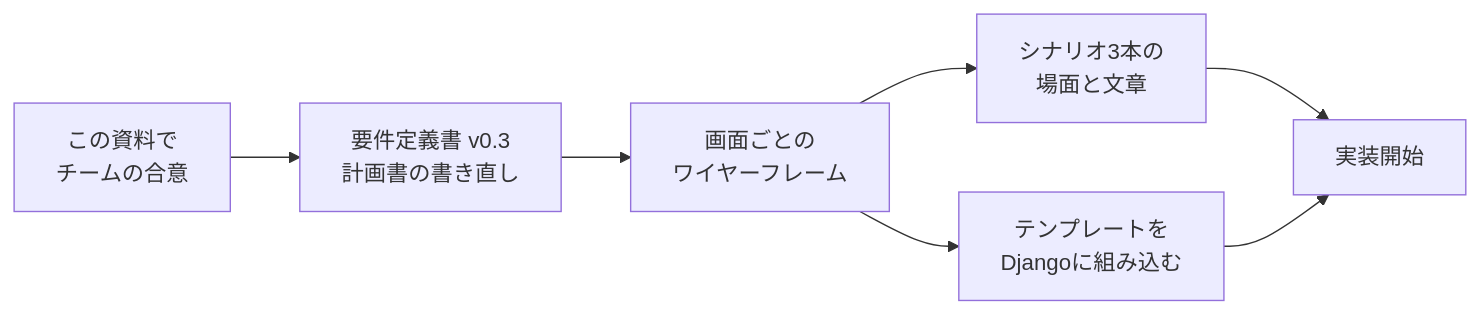
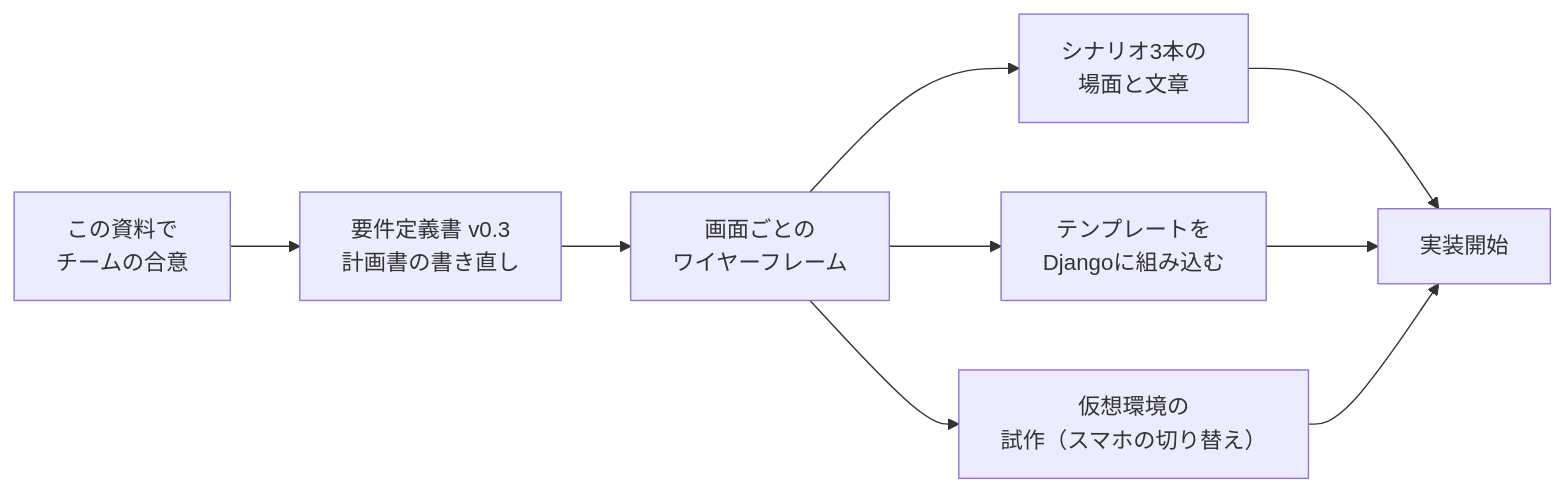
The diagram in docs/design/01-alignment.md (Atelier2006/graduation-project), drawn with Mermaid before and after one commit. The commit also changed other lines of this file and 9 other files, not shown here.

````diff
--- a/docs/design/01-alignment.md
+++ b/docs/design/01-alignment.md
@@ -89,9 +92,11 @@
 ```mermaid
 flowchart LR
     a["この資料で<br>チームの合意"] --> b["要件定義書 v0.3<br>計画書の書き直し"]
     b --> c["画面ごとの<br>ワイヤーフレーム"]
     c --> d["シナリオ3本の<br>場面と文章"]
     c --> e["テンプレートを<br>Djangoに組み込む"]
+    c --> g["仮想環境の<br>試作（スマホの切り替え）"]
     d --> f["実装開始"]
     e --> f
+    g --> f
 ```
````
